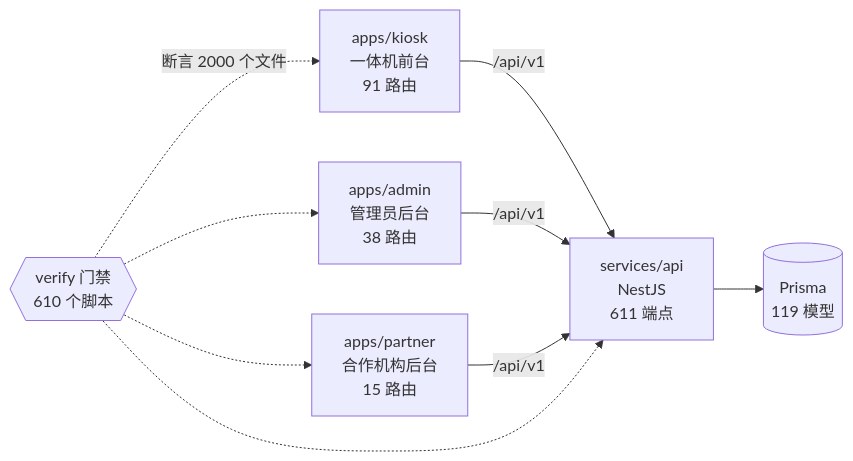
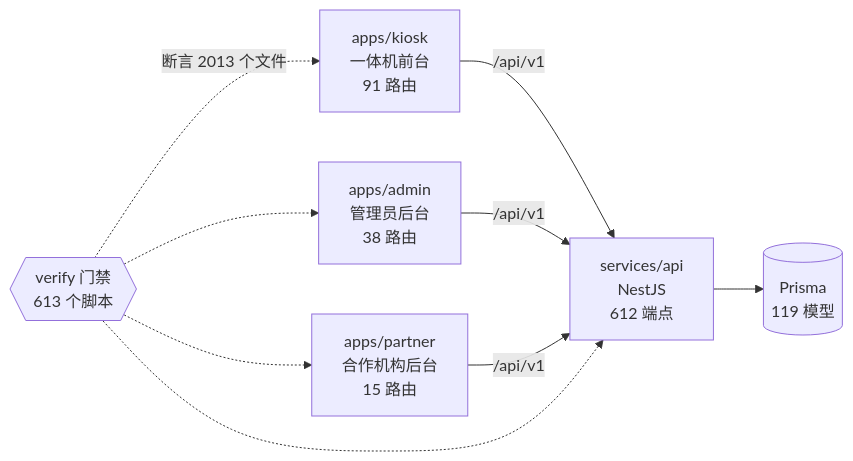
The diagram in docs/graph/README.md (wanglei581/YITIJI), drawn with Mermaid before and after one commit. The commit also changed other lines of this file and 4 other files, not shown here.

Commit message:
chore(graph): 批次二（#1557、#1575、B7、B8a、B8b）合并后重生图谱

````diff
--- a/docs/graph/README.md
+++ b/docs/graph/README.md
@@ -68,18 +68,18 @@
 ```mermaid
 flowchart LR
   kiosk["apps/kiosk<br/>一体机前台<br/>91 路由"]
   admin["apps/admin<br/>管理员后台<br/>38 路由"]
   partner["apps/partner<br/>合作机构后台<br/>15 路由"]
-  api["services/api<br/>NestJS<br/>611 端点"]
+  api["services/api<br/>NestJS<br/>612 端点"]
   db[("Prisma<br/>119 模型")]
-  gates{{"verify 门禁<br/>610 个脚本"}}
+  gates{{"verify 门禁<br/>613 个脚本"}}
 
   kiosk -->|"/api/v1"| api
   admin -->|"/api/v1"| api
   partner -->|"/api/v1"| api
   api --> db
-  gates -.->|"断言 2000 个文件"| kiosk
+  gates -.->|"断言 2013 个文件"| kiosk
   gates -.-> admin
   gates -.-> partner
   gates -.-> api
 ```
````
